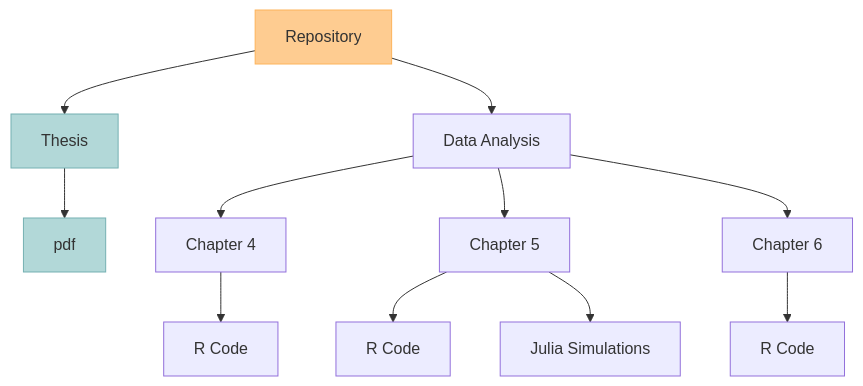
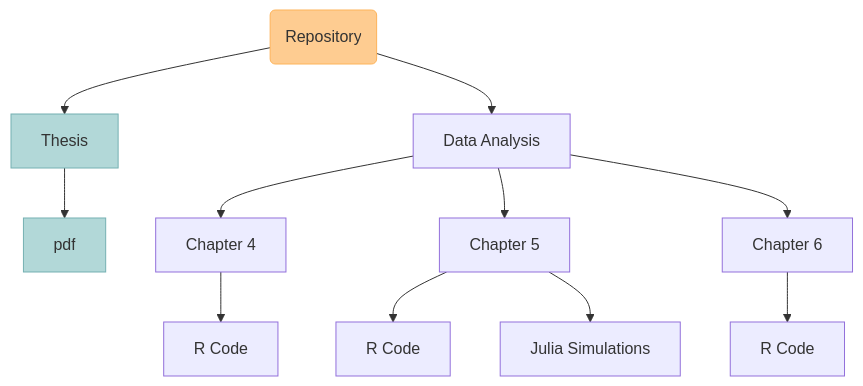
The diagram in README.md (Raquel-Montero/PhDThesis), drawn with Mermaid before and after one commit.

````diff
--- a/README.md
+++ b/README.md
@@ -6,20 +6,17 @@
 ```mermaid
----
-caption: An example flowchart
----
 graph TD;
-    A[Repository] -->B[Thesis];
+    A(Repository) -->B[Thesis];
     B[Thesis] -->B1[pdf];
-    A[Repository]-->C[Data Analysis];
+    A(Repository)-->C[Data Analysis];
     C[Data Analysis] --> D[Chapter 4];
     D[Chapter 4] --> D1[R Code];
     C[Data Analysis] --> E[Chapter 5];
     E[Chapter 5] --> E1[R Code];
     E[Chapter 5] --> E2[Julia Simulations];
     C[Data Analysis] --> F[Chapter 6];
     F[Chapter 6] --> F1[R Code];
 
 style A fill:#fecc91, stroke:#fdb35a 
 style B fill:#b2d8d8, stroke:#75b0b2
 style B1 fill:#b2d8d8, stroke:#75b0b2
 ```
````
